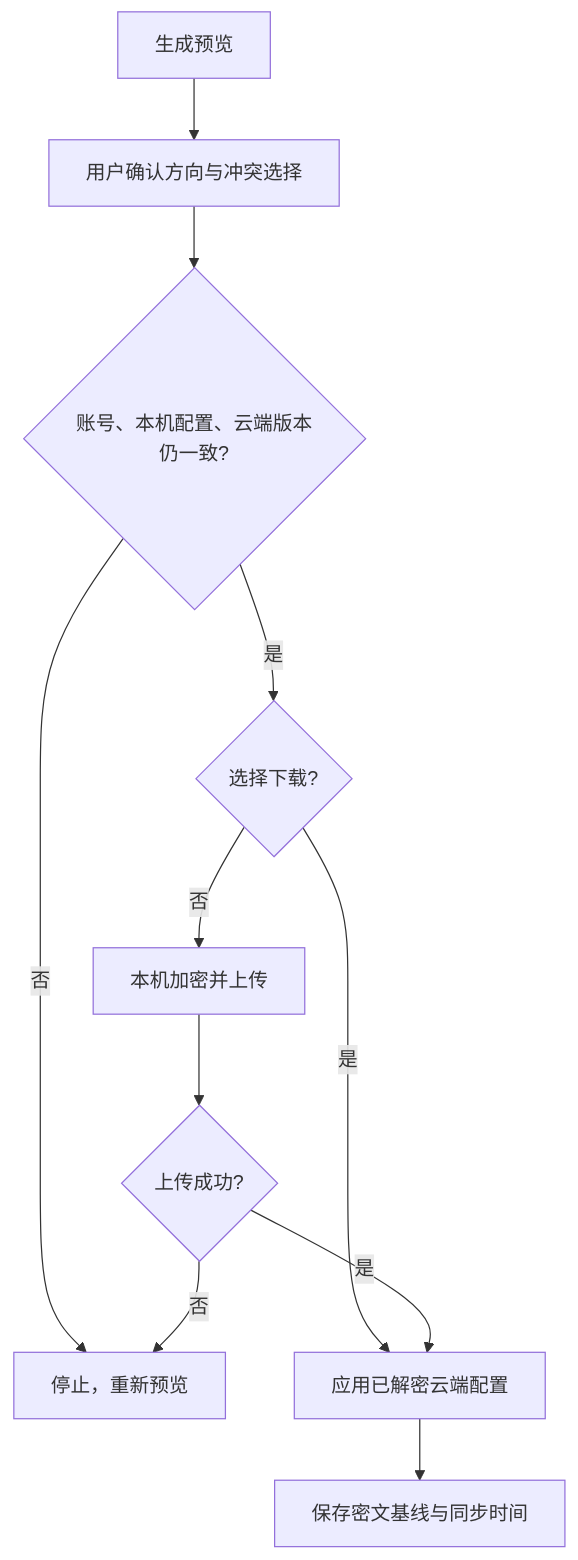
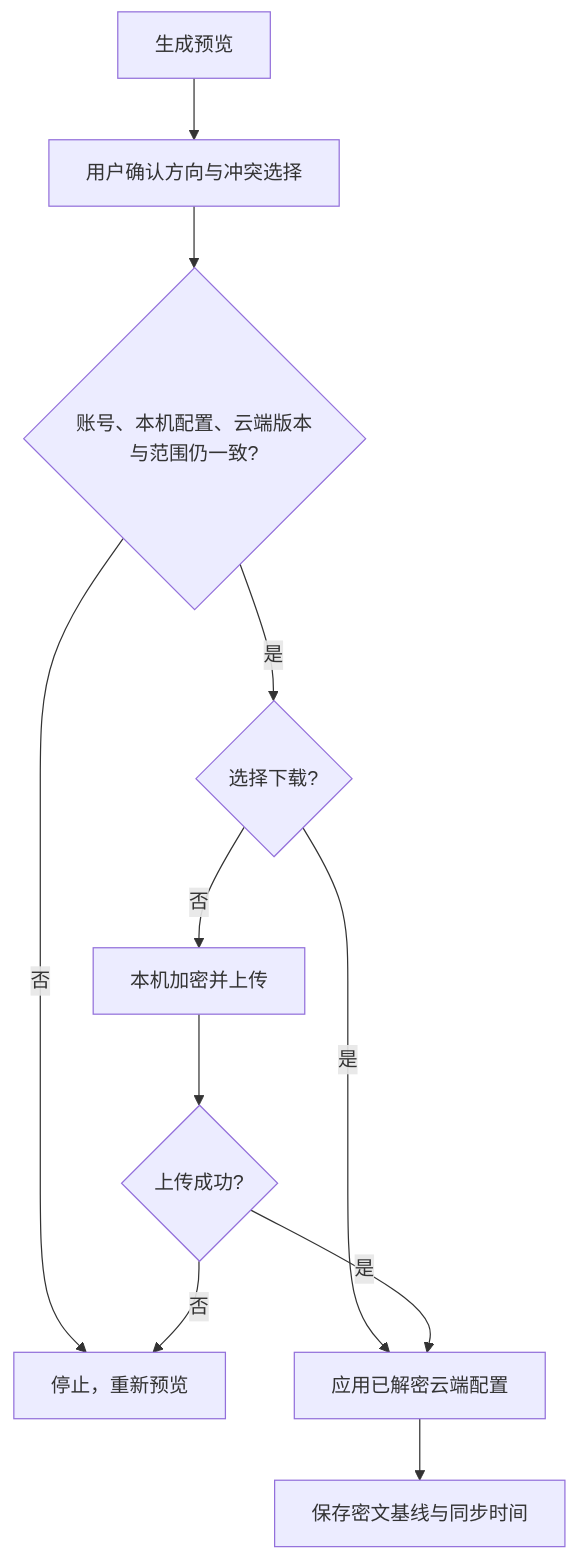
The fourth of 4 diagrams in docs/maintainers/google-drive-sync-guide.md (ArietidsZ/FluentRead), drawn with Mermaid before and after one commit. The commit also changed other lines of this file and 38 other files, not shown here.

````diff
--- a/docs/maintainers/google-drive-sync-guide.md
+++ b/docs/maintainers/google-drive-sync-guide.md
@@ -259,13 +280,13 @@
 ```mermaid
 flowchart TD
     P[生成预览] --> U[用户确认方向与冲突选择]
-    U --> V{账号、本机配置、云端版本仍一致?}
+    U --> V{账号、本机配置、云端版本与范围仍一致?}
     V -- 否 --> X[停止，重新预览]
     V -- 是 --> D{选择下载?}
     D -- 是 --> L[应用已解密云端配置]
     D -- 否 --> E[本机加密并上传]
     E --> W{上传成功?}
     W -- 否 --> X
     W -- 是 --> L
     L --> B[保存密文基线与同步时间]
 ```
````
